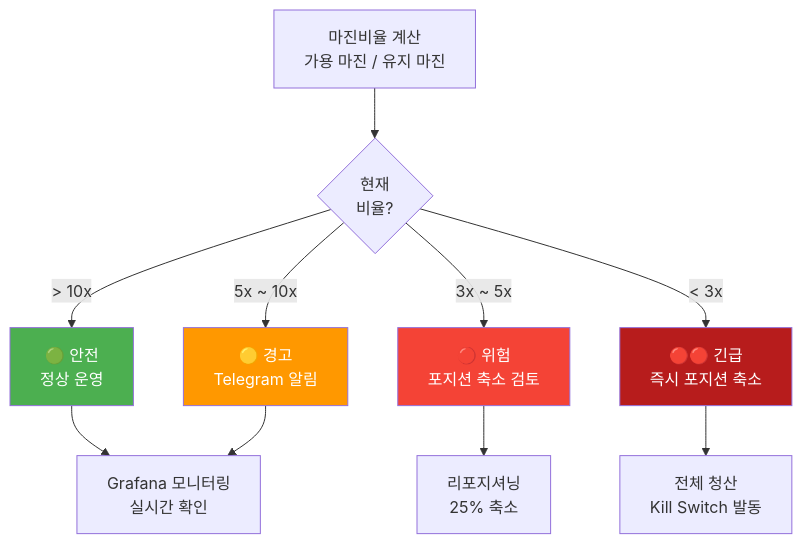
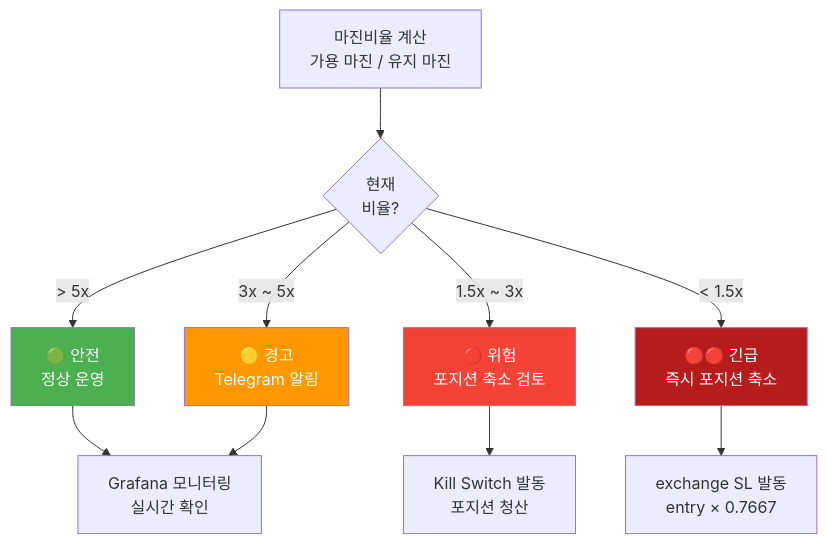
One commit to Justant-source/Bit-Mania changed the second of 2 diagrams in docs/policies/leverage-limits.md. Above: the diagram before and after it, drawn with Mermaid. The commit also changed other lines of this file and 4 other files, not shown here.

````diff
--- a/docs/policies/leverage-limits.md
+++ b/docs/policies/leverage-limits.md
@@ -162,19 +104,19 @@
 ```mermaid
 graph TD
     A["마진비율 계산<br>가용 마진 / 유지 마진"] --> B{현재<br>비율?}
     
-    B -->|"&gt; 10x"| C["🟢 안전<br>정상 운영"]
-    B -->|"5x ~ 10x"| D["🟡 경고<br>Telegram 알림"]
-    B -->|"3x ~ 5x"| E["🔴 위험<br>포지션 축소 검토"]
-    B -->|"&lt; 3x"| F["🔴🔴 긴급<br>즉시 포지션 축소"]
+    B -->|"&gt; 5x"| C["🟢 안전<br>정상 운영"]
+    B -->|"3x ~ 5x"| D["🟡 경고<br>Telegram 알림"]
+    B -->|"1.5x ~ 3x"| E["🔴 위험<br>포지션 축소 검토"]
+    B -->|"&lt; 1.5x"| F["🔴🔴 긴급<br>즉시 포지션 축소"]
     
     C --> G["Grafana 모니터링<br>실시간 확인"]
     D --> G
-    E --> H["리포지셔닝<br>25% 축소"]
-    F --> I["전체 청산<br>Kill Switch 발동"]
+    E --> H["Kill Switch 발동<br>포지션 청산"]
+    F --> I["exchange SL 발동<br>entry × 0.7667"]
     
     style C fill:#4caf50,color:#fff
     style D fill:#ff9800,color:#fff
     style E fill:#f44336,color:#fff
     style F fill:#b71c1c,color:#fff
 ```
````
